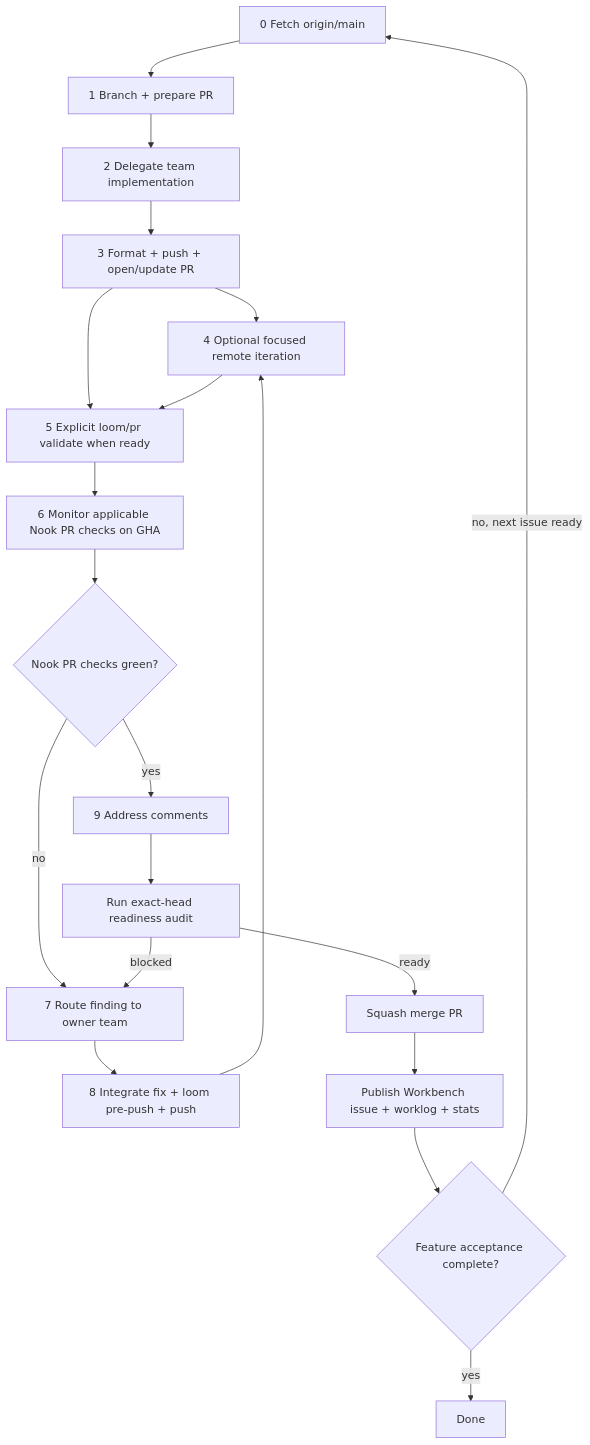
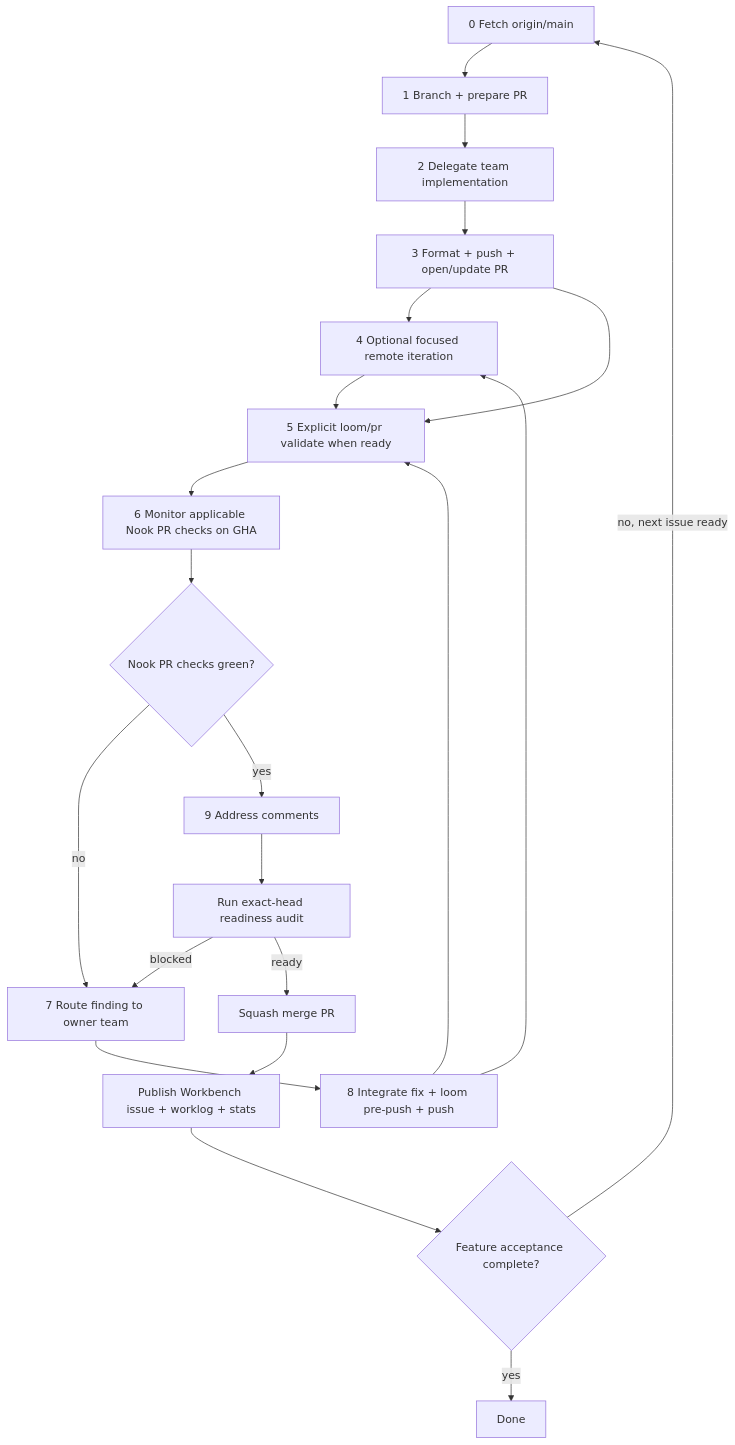
Before and after one commit to meta-secret/nook: the diagram in .cortex/gizmo/workflows/pull-requests.md, drawn with Mermaid. The commit also changed 5 other files, not shown here.

````diff
--- a/.cortex/gizmo/workflows/pull-requests.md
+++ b/.cortex/gizmo/workflows/pull-requests.md
@@ -328,22 +328,23 @@
 ```mermaid
 flowchart TD
   Z[0 Fetch origin/main] --> A[1 Branch + prepare PR]
   A --> I[2 Delegate team implementation]
   I --> E[3 Format + push + open/update PR]
   E --> X[4 Optional focused remote iteration]
   E --> V[5 Explicit loom/pr validate when ready]
   X --> V
   V --> F[6 Monitor applicable Nook PR checks on GHA]
   F --> G{Nook PR checks green?}
   G -->|no| H[7 Route finding to owner team]
   H --> PUSH[8 Integrate fix + loom pre-push + push]
   PUSH --> X
+  PUSH --> V
   G -->|yes| C[9 Address comments]
   C --> R[Run exact-head readiness audit]
   R -->|blocked| H
   R -->|ready| M[Squash merge PR]
   M --> S[Publish Workbench issue + worklog + stats]
   S --> J{Feature acceptance complete?}
   J -->|no, next issue ready| Z
   J -->|yes| K[Done]
 ```
````
